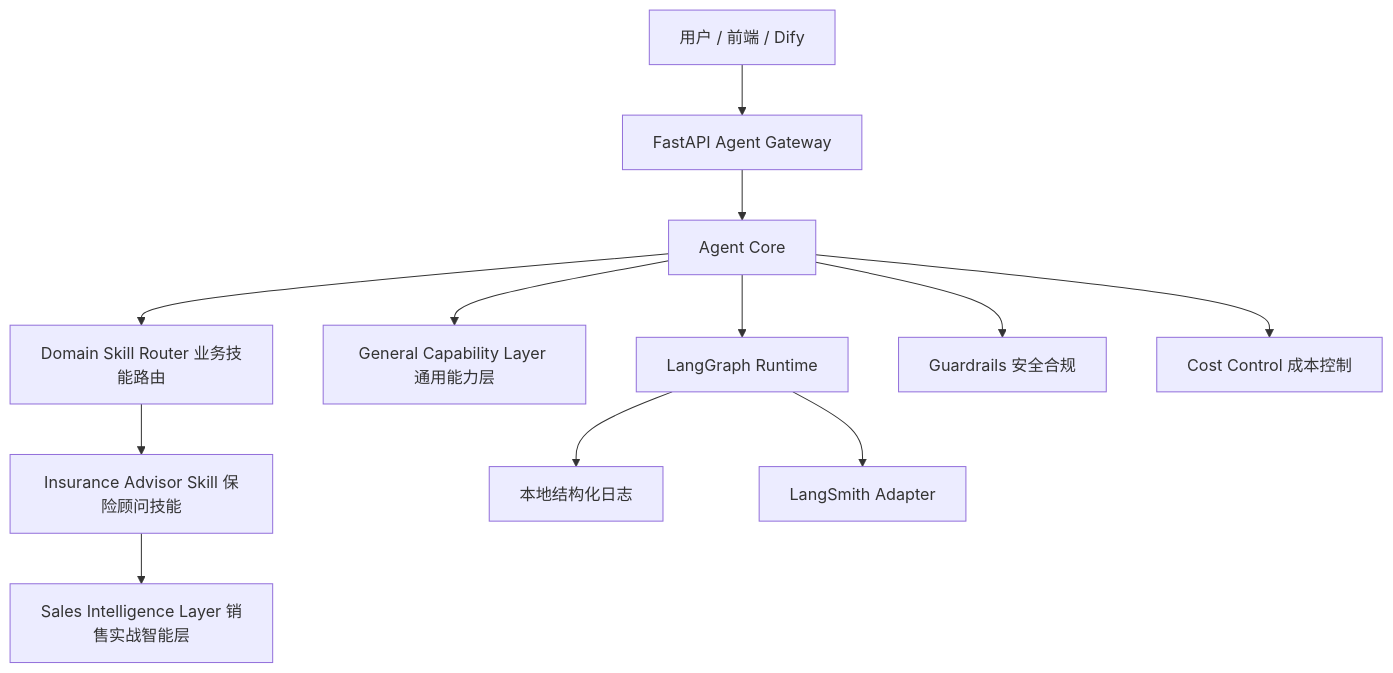
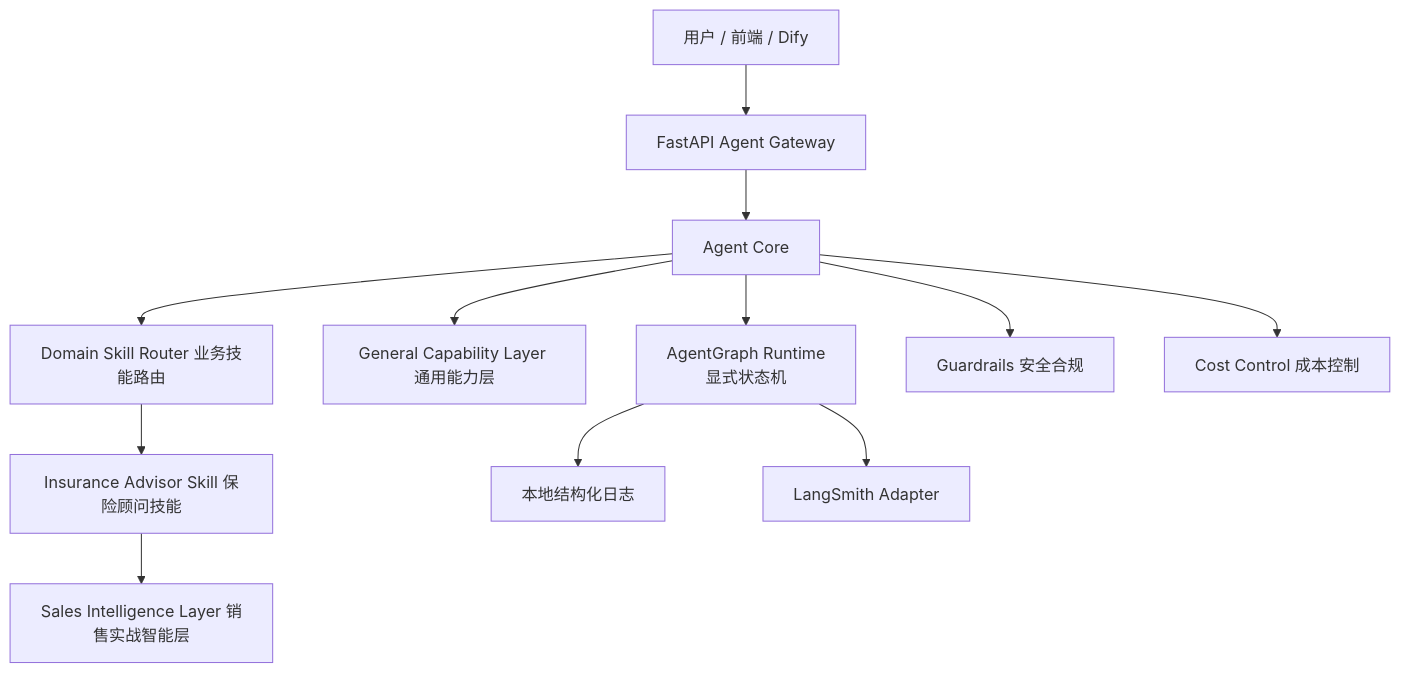
Before and after one commit to yinghanpeng/ins_advisor_agent: the diagram in docs/architecture.md, drawn with Mermaid. The commit also changed other lines of this file and 28 other files, not shown here.

````diff
--- a/docs/architecture.md
+++ b/docs/architecture.md
@@ -5,14 +5,14 @@
 ```mermaid
 flowchart TD
     A["用户 / 前端 / Dify"] --> B["FastAPI Agent Gateway"]
     B --> C["Agent Core"]
-    C --> D["LangGraph Runtime"]
+    C --> D["AgentGraph Runtime<br/>显式状态机"]
     C --> E["General Capability Layer 通用能力层"]
     C --> F["Domain Skill Router 业务技能路由"]
     F --> G["Insurance Advisor Skill 保险顾问技能"]
     G --> H["Sales Intelligence Layer 销售实战智能层"]
     C --> I["Guardrails 安全合规"]
     C --> J["Cost Control 成本控制"]
     D --> K["本地结构化日志"]
     D --> L["LangSmith Adapter"]
 ```
````
